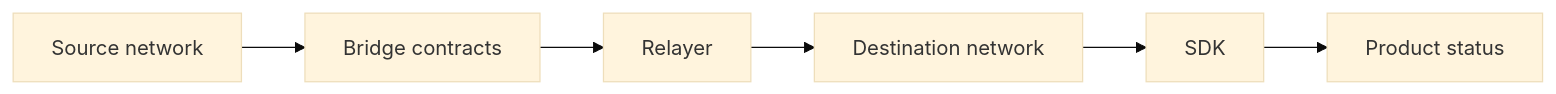
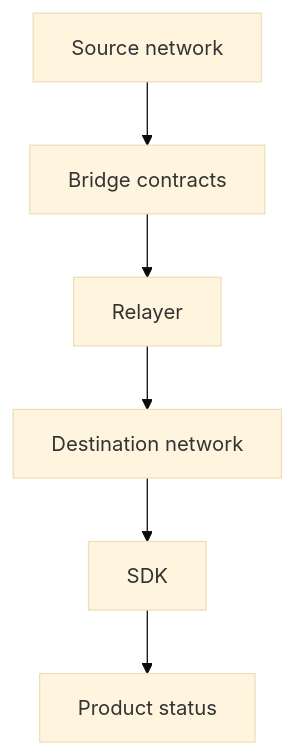
The diagram in README.md (J0UH/token-bridge-sdk), drawn with Mermaid (base theme) before and after one commit.

Commit message:
docs: build visual project portfolio

````diff
--- a/README.md
+++ b/README.md
@@ -25,14 +25,14 @@
 ```mermaid
-flowchart LR
+flowchart TD
     n0["Source network"]
     n1["Bridge contracts"]
     n2["Relayer"]
     n3["Destination network"]
     n4["SDK"]
     n5["Product status"]
     n0 --> n1
     n1 --> n2
     n2 --> n3
     n3 --> n4
     n4 --> n5
 ```
````
